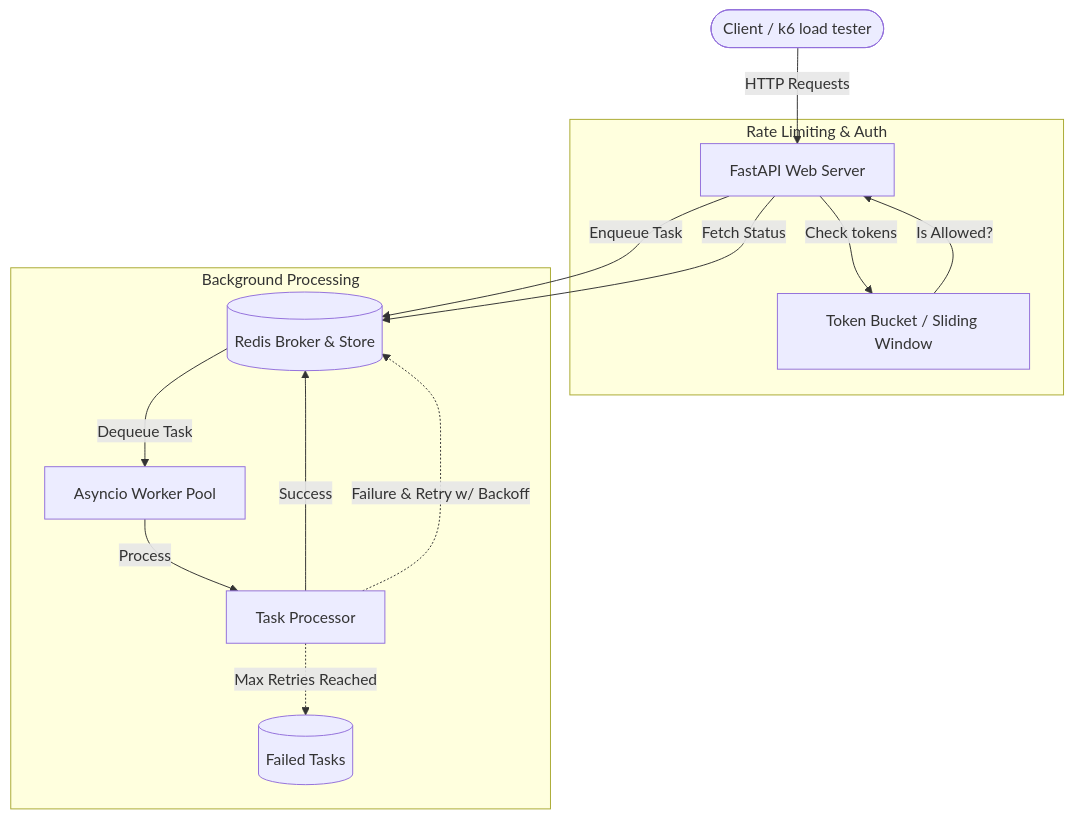
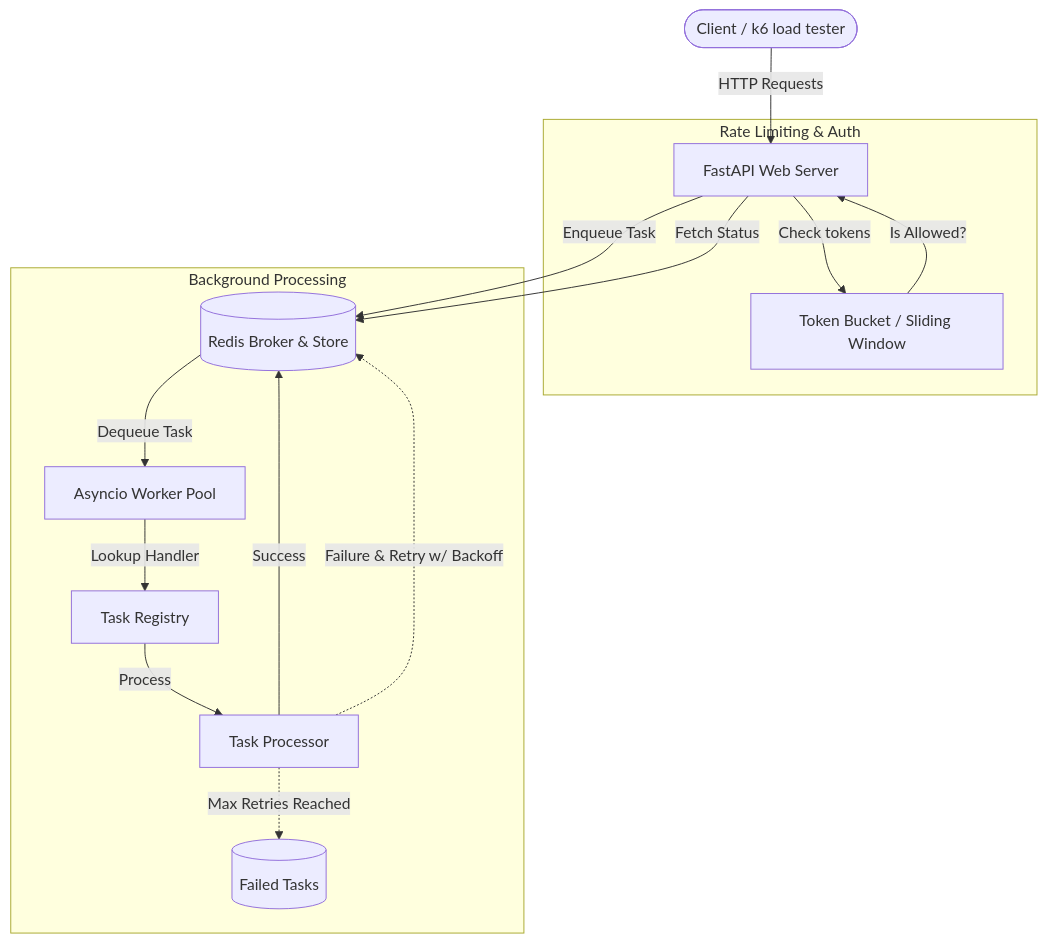
The diagram in README.md (aniruddhajadhav7/PyFlow), drawn with Mermaid before and after one commit. The commit also changed other lines of this file and 9 other files, not shown here.

Commit message:
feat: implement dynamic task registry and handlers

````diff
--- a/README.md
+++ b/README.md
@@ -34,20 +35,21 @@
 ```mermaid
 graph TD;
     Client([Client / k6 load tester]) -->|HTTP Requests| API[FastAPI Web Server];
     
     subgraph Rate Limiting & Auth
         API -->|Check tokens| RL[Token Bucket / Sliding Window];
         RL -->|Is Allowed?| API;
     end
 
     API -->|Enqueue Task| Redis[(Redis Broker & Store)];
     API -->|Fetch Status| Redis;
     
     subgraph Background Processing
-        Redis -->|Dequeue Task| Worker[Asyncio Worker Pool];
-        Worker -->|Process| TaskEngine[Task Processor];
+        Redis -->|Dequeue Task| Worker[Asyncio Worker Pool]
+        Worker -->|Lookup Handler| Registry[Task Registry]
+        Registry -->|Process| TaskEngine[Task Processor]
         TaskEngine -->|Success| Redis;
         TaskEngine -.->|Failure & Retry w/ Backoff| Redis;
         TaskEngine -.->|Max Retries Reached| FailedQueue[(Failed Tasks)];
     end
 ```
````
